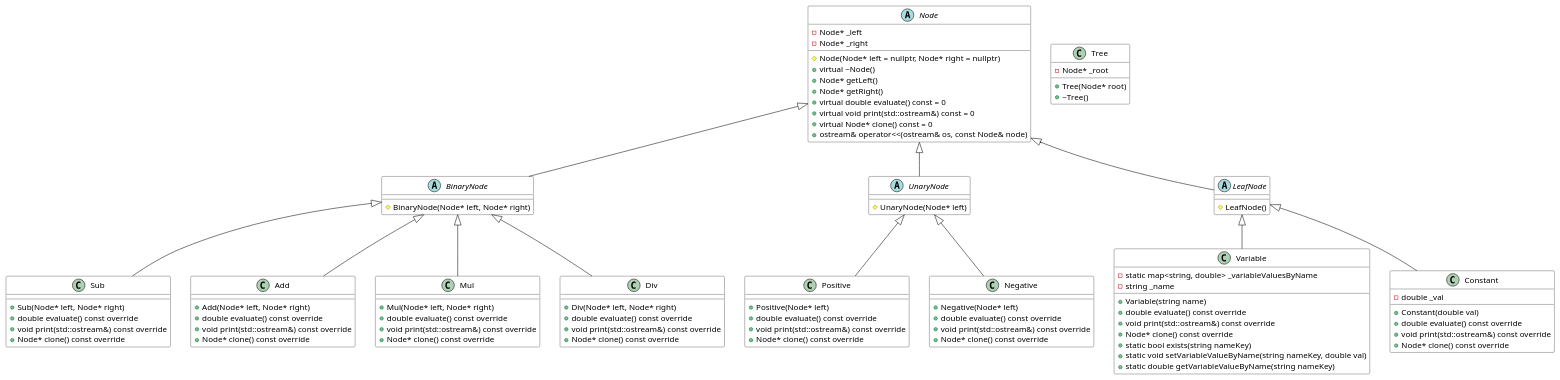
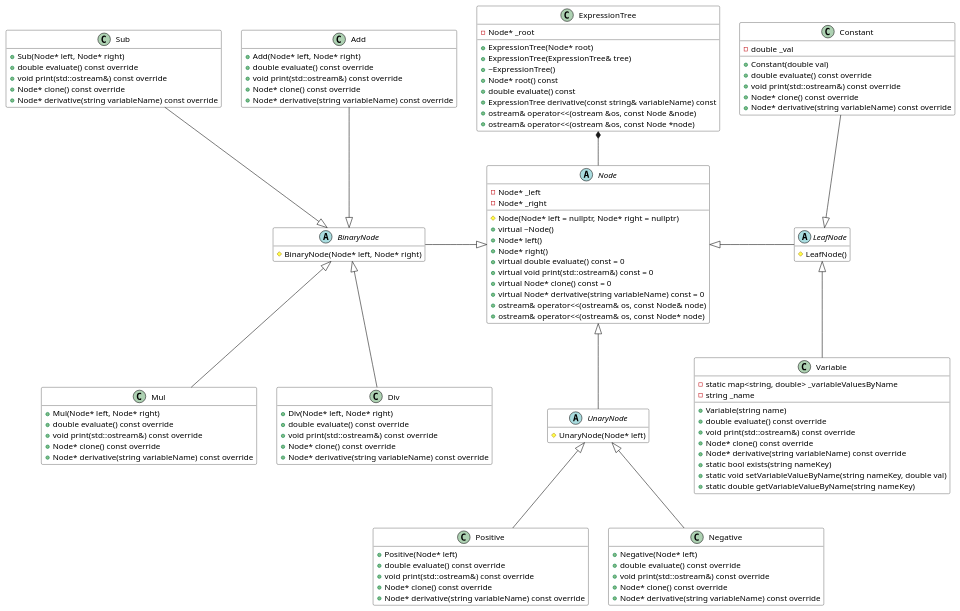
One commit to abznt/Assignment8 changed the diagram in docs/ClassDiagram.puml. Above: the diagram before and after it, drawn with PlantUML.

Commit message:
Updated class diagram

```diff
--- a/docs/ClassDiagram.puml
+++ b/docs/ClassDiagram.puml
@@ -1,112 +1,138 @@
  @startuml
 
 skinparam ClassBorderColor black
 skinparam ClassBackgroundColor white
 
 abstract Node {
 	-Node* _left
 	-Node* _right
 	#Node(Node* left = nullptr, Node* right = nullptr)
 	+virtual ~Node()
-	+Node* getLeft()
-	+Node* getRight()
+	+Node* left()
+	+Node* right()
 	+virtual double evaluate() const = 0
 	+virtual void print(std::ostream&) const = 0
 	+virtual Node* clone() const = 0
+	+virtual Node* derivative(string variableName) const = 0
 	+ostream& operator<<(ostream& os, const Node& node)
+	+ostream& operator<<(ostream& os, const Node* node)
 }
 
 abstract BinaryNode {
 	#BinaryNode(Node* left, Node* right)
 }
+hide BinaryNode attributes
 
 abstract UnaryNode {
 	#UnaryNode(Node* left)
 }
+hide UnaryNode attributes
 
 class Positive {
 	+Positive(Node* left)
 	+double evaluate() const override
 	+void print(std::ostream&) const override
 	+Node* clone() const override
+	+Node* derivative(string variableName) const override
 }
+hide Positive attributes
 
 class Negative {
 	+Negative(Node* left)
 	+double evaluate() const override
 	+void print(std::ostream&) const override
 	+Node* clone() const override
+	+Node* derivative(string variableName) const override
 }
+hide Negative attributes
 
 abstract LeafNode {
 	#LeafNode()
 }
+hide LeafNode attributes
 
 Class Sub {
 	+Sub(Node* left, Node* right)
 	+double evaluate() const override
 	+void print(std::ostream&) const override
 	+Node* clone() const override
+	+Node* derivative(string variableName) const override
 }
+hide Sub attributes
 
 Class Add {
 	+Add(Node* left, Node* right)
 	+double evaluate() const override
 	+void print(std::ostream&) const override
 	+Node* clone() const override
+	+Node* derivative(string variableName) const override
 }
+hide Add attributes
 
 Class Mul {
 	+Mul(Node* left, Node* right)
 	+double evaluate() const override
 	+void print(std::ostream&) const override
 	+Node* clone() const override
+	+Node* derivative(string variableName) const override
 }
+hide Mul attributes
 
 Class Div {
 	+Div(Node* left, Node* right)
 	+double evaluate() const override
 	+void print(std::ostream&) const override
 	+Node* clone() const override
+	+Node* derivative(string variableName) const override
 }
+hide Div attributes
 
 Class Variable {
 	-static map<string, double> _variableValuesByName
 	-string _name
 	+Variable(string name)
 	+double evaluate() const override
 	+void print(std::ostream&) const override
 	+Node* clone() const override
+	+Node* derivative(string variableName) const override
 	+static bool exists(string nameKey)
 	+static void setVariableValueByName(string nameKey, double val)
 	+static double getVariableValueByName(string nameKey)
 }
 
 class Constant {
 	-double _val
 	+Constant(double val)
 	+double evaluate() const override
 	+void print(std::ostream&) const override
 	+Node* clone() const override
+	+Node* derivative(string variableName) const override
 }
 
-Class Tree {
+Class ExpressionTree {
 	-Node* _root
-	+Tree(Node* root)
-	+~Tree()
+	+ExpressionTree(Node* root)
+	+ExpressionTree(ExpressionTree& tree)
+	+~ExpressionTree()
+	+Node* root() const
+	+double evaluate() const
+	+ExpressionTree derivative(const string& variableName) const
+	+ostream& operator<<(ostream &os, const Node &node)
+	+ostream& operator<<(ostream &os, const Node *node)
 }
 
-Node <|-- BinaryNode
-BinaryNode <|-- Sub
-BinaryNode <|-- Add
+ExpressionTree *-- Node
+BinaryNode -|> Node
+Add --|> BinaryNode
+Sub --|> BinaryNode
 BinaryNode <|-- Mul
 BinaryNode <|-- Div
 Node <|-- UnaryNode
 UnaryNode <|-- Positive
 UnaryNode <|-- Negative
-Node <|-- LeafNode
+Node <|- LeafNode
 LeafNode <|-- Variable
-LeafNode <|-- Constant
+Constant --|> LeafNode
 
 
 @enduml
```
